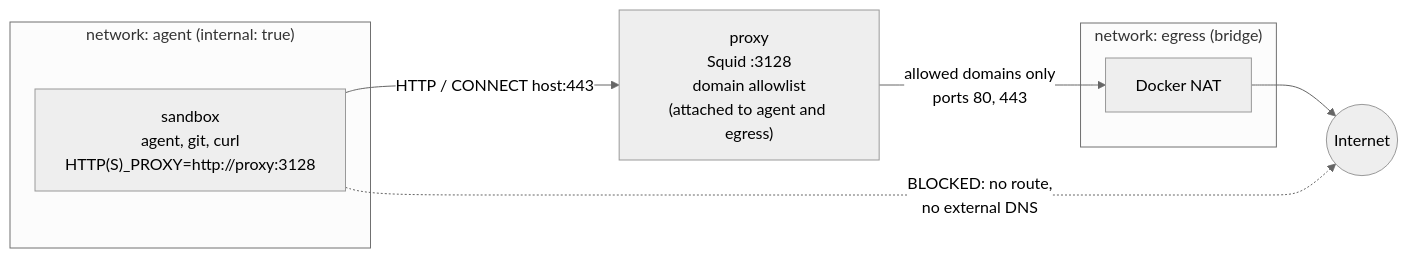
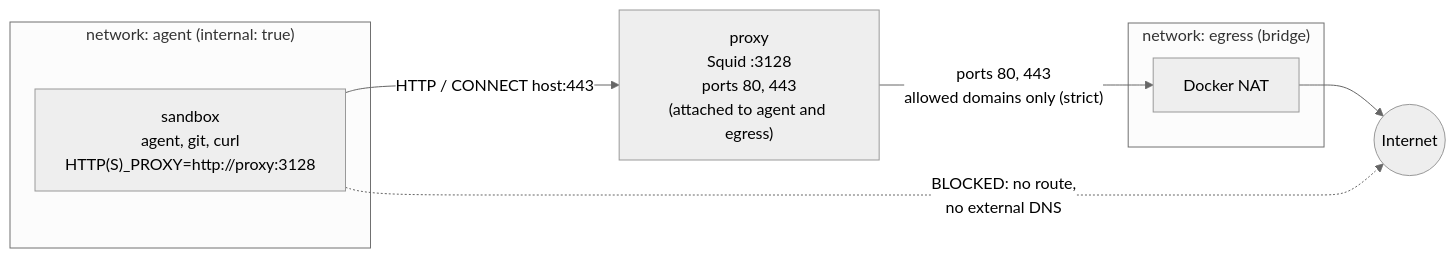
One commit to mborne/agent-sandbox changed the first of 3 diagrams in docs/networking.md. Above: the diagram before and after it, drawn with Mermaid (neutral theme). The commit also changed other lines of this file and 11 other files, not shown here.

First line of the commit message:
Add proxy modes: audit (default) and strict

````diff
--- a/docs/networking.md
+++ b/docs/networking.md
@@ -7,16 +7,16 @@
 ```mermaid
 flowchart LR
     subgraph agent["network: agent (internal: true)"]
         sandbox["sandbox<br/>agent, git, curl<br/>HTTP(S)_PROXY=http://proxy:3128"]
     end
-    proxy["proxy<br/>Squid :3128<br/>domain allowlist<br/>(attached to agent and egress)"]
+    proxy["proxy<br/>Squid :3128<br/>ports 80, 443<br/>(attached to agent and egress)"]
     subgraph egress["network: egress (bridge)"]
         nat["Docker NAT"]
     end
     internet(("Internet"))
 
     sandbox -->|"HTTP / CONNECT host:443"| proxy
-    proxy -->|"allowed domains only<br/>ports 80, 443"| nat
+    proxy -->|"ports 80, 443<br/>allowed domains only (strict)"| nat
     nat --> internet
     sandbox -.->|"BLOCKED: no route,<br/>no external DNS"| internet
 ```
````
